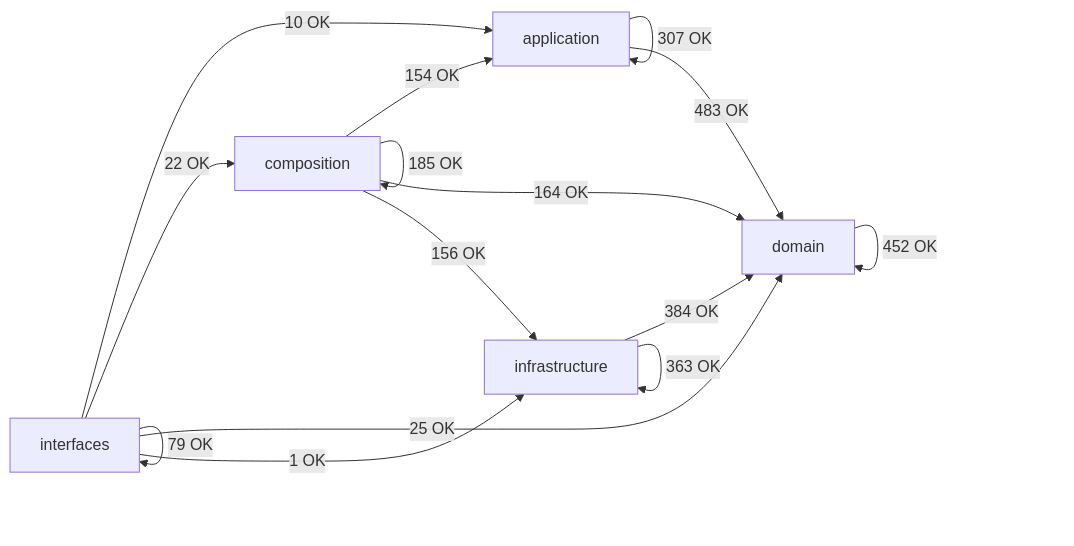
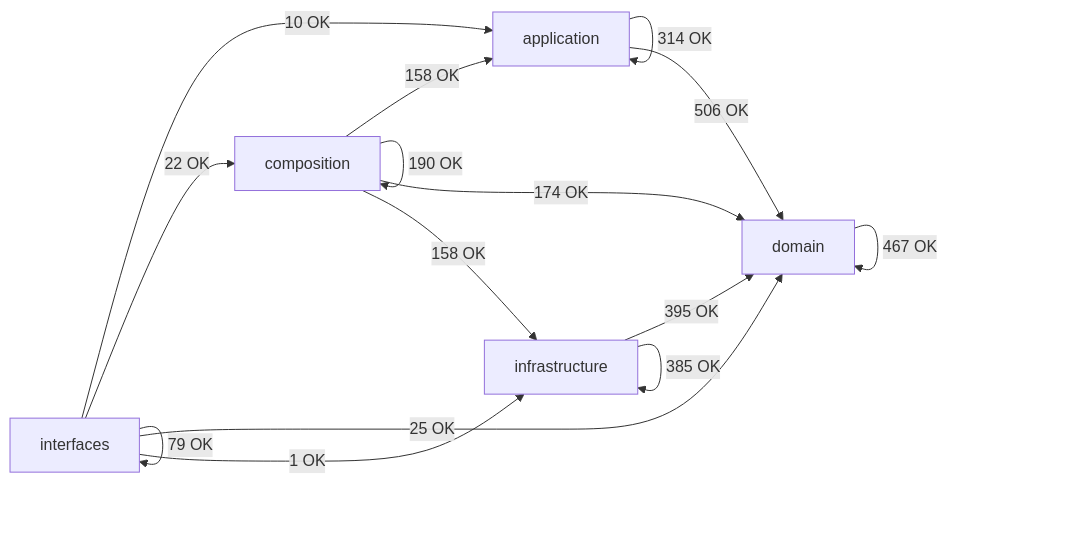
One commit to SatoryKono/BioactivityDataAcquisition changed the diagram in docs/02-architecture/generated/module-dependency-map.md. Above: the diagram before and after it, drawn with Mermaid. The commit also changed other lines of this file and 229 other files, not shown here.

````diff
--- a/docs/02-architecture/generated/module-dependency-map.md
+++ b/docs/02-architecture/generated/module-dependency-map.md
@@ -15,22 +15,22 @@
 ```mermaid
 flowchart LR
     domain[domain]
     application[application]
     infrastructure[infrastructure]
     composition[composition]
     interfaces[interfaces]
-    application -->|307 OK| application
-    application -->|483 OK| domain
-    composition -->|154 OK| application
-    composition -->|185 OK| composition
-    composition -->|164 OK| domain
-    composition -->|156 OK| infrastructure
-    domain -->|452 OK| domain
-    infrastructure -->|384 OK| domain
-    infrastructure -->|363 OK| infrastructure
+    application -->|314 OK| application
+    application -->|506 OK| domain
+    composition -->|158 OK| application
+    composition -->|190 OK| composition
+    composition -->|174 OK| domain
+    composition -->|158 OK| infrastructure
+    domain -->|467 OK| domain
+    infrastructure -->|395 OK| domain
+    infrastructure -->|385 OK| infrastructure
     interfaces -->|10 OK| application
     interfaces -->|22 OK| composition
     interfaces -->|25 OK| domain
     interfaces -->|1 OK| infrastructure
     interfaces -->|79 OK| interfaces
 ```
````
